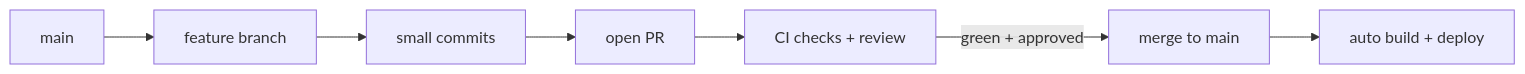
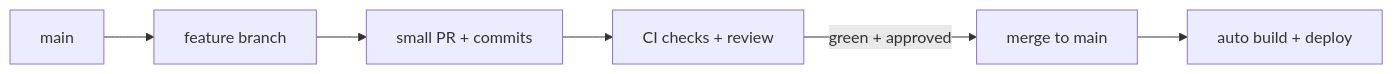
The first of 2 diagrams in packages/content/content/27-git-cicd-deploy.mdx (ashishxcode/frontend-internals), drawn with Mermaid before and after one commit. The commit also changed other lines of this file and 34 other files, not shown here.

````diff
--- a/packages/content/content/27-git-cicd-deploy.mdx
+++ b/packages/content/content/27-git-cicd-deploy.mdx
@@ -43,9 +18,8 @@
 ```mermaid
 flowchart LR
   m[main] --> b[feature branch]
-  b --> c[small commits]
-  c --> pr[open PR]
+  b --> pr[small PR + commits]
   pr --> ci[CI checks + review]
   ci -->|green + approved| merge[merge to main]
   merge --> deploy[auto build + deploy]
 ```
````
